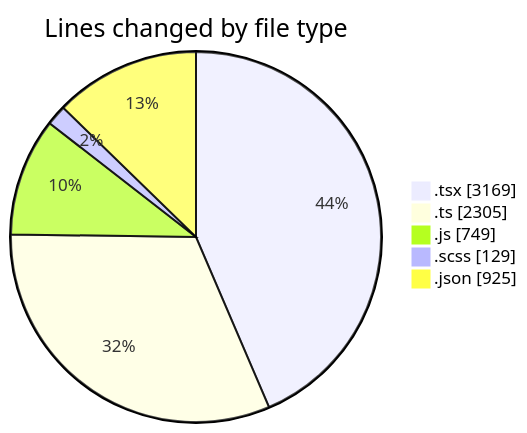
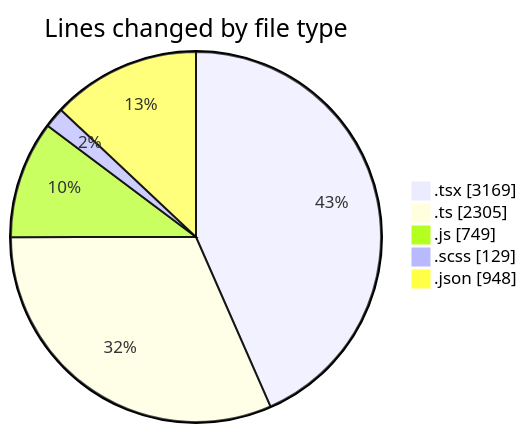
One commit to momahboobian/code-tracking changed the first of 2 diagrams in 2026-06-15/cda/README.md. Above: the diagram before and after it, drawn with Mermaid. The commit also changed other lines of this file and 1 other file, not shown here.

````diff
--- a/2026-06-15/cda/README.md
+++ b/2026-06-15/cda/README.md
@@ -61,9 +61,9 @@
 ```mermaid
 pie showData
 title Lines changed by file type
 ".tsx" : 3169
 ".ts" : 2305
 ".js" : 749
 ".scss" : 129
-".json" : 925
+".json" : 948
 ```
````
